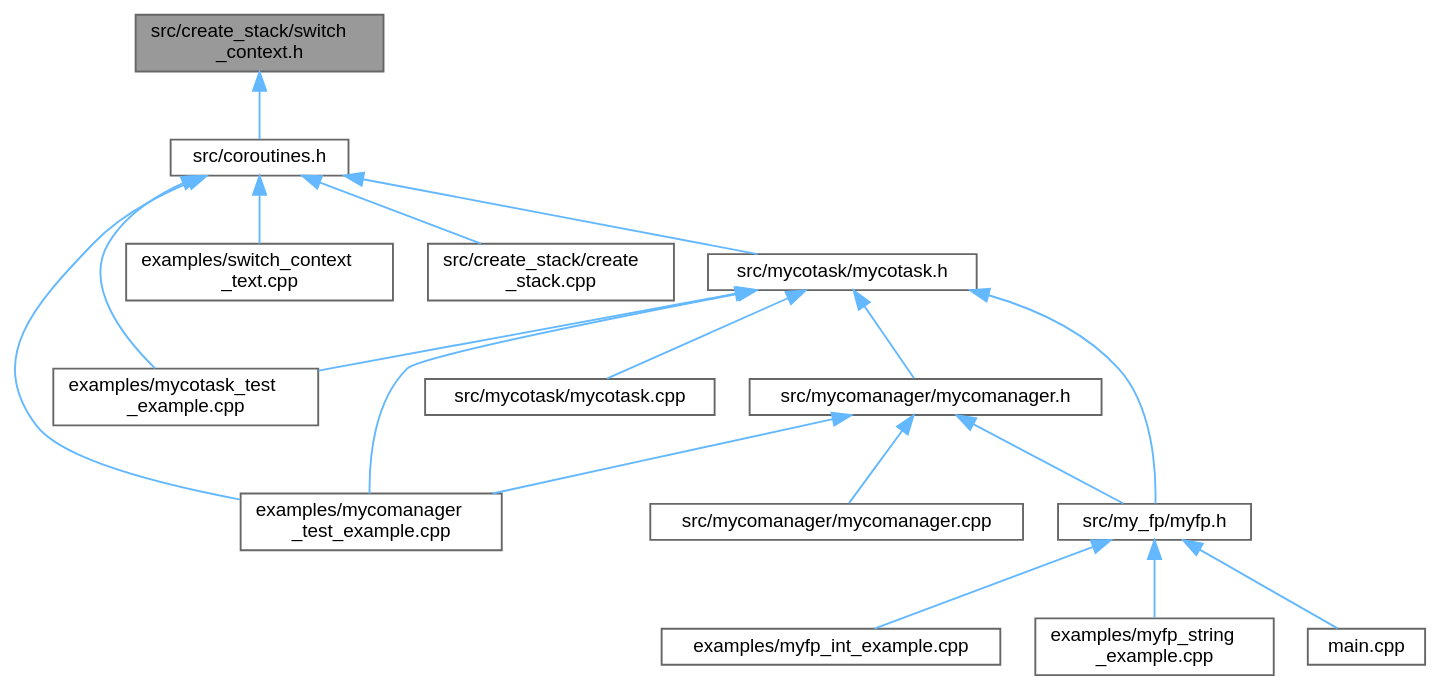
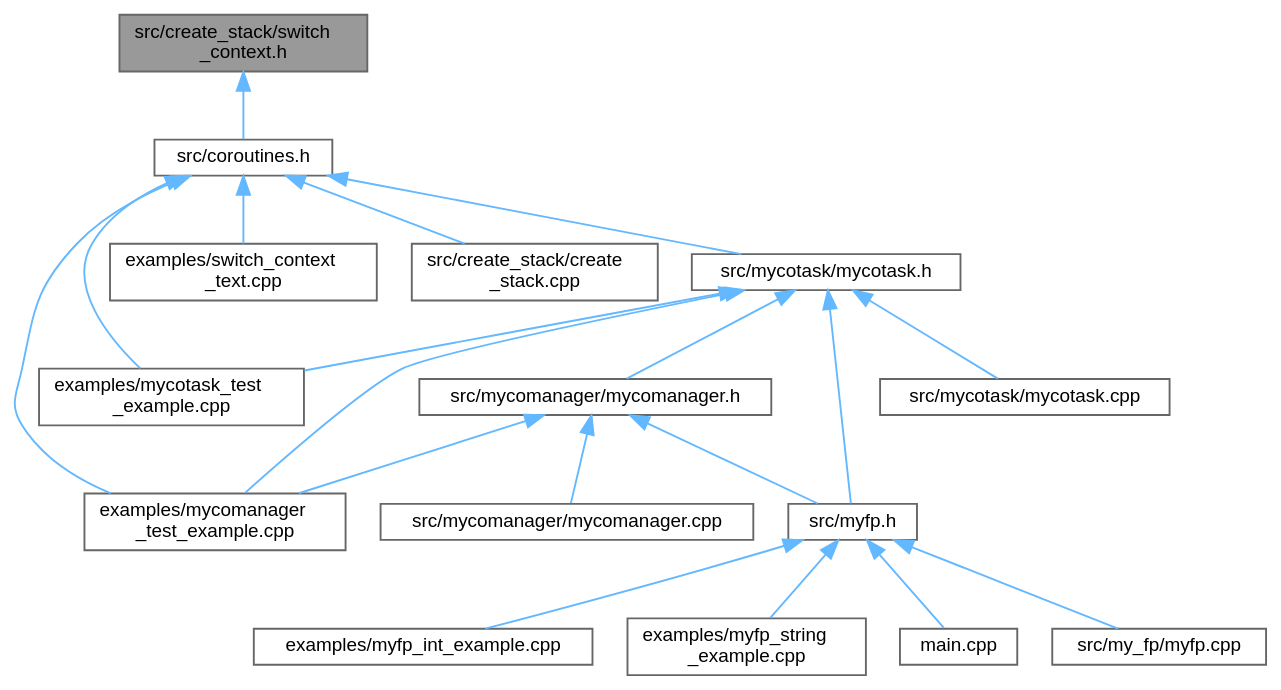
The diagram in switch__context_8h__dep__incl.dot (lalkaman1981/coroutins), drawn with Graphviz before and after one commit. The commit also changed 34 other files, not shown here.

```diff
--- a/switch__context_8h__dep__incl.dot
+++ b/switch__context_8h__dep__incl.dot
@@ -1,38 +1,40 @@
 digraph "src/create_stack/switch_context.h"
 {
  // LATEX_PDF_SIZE
   bgcolor="transparent";
   edge [fontname=Helvetica,fontsize=10,labelfontname=Helvetica,labelfontsize=10];
   node [fontname=Helvetica,fontsize=10,shape=box,height=0.2,width=0.4];
   Node1 [id="Node000001",label="src/create_stack/switch\l_context.h",height=0.2,width=0.4,color="gray40", fillcolor="grey60", style="filled", fontcolor="black",tooltip=" "];
   Node1 -> Node2 [id="edge1_Node000001_Node000002",dir="back",color="steelblue1",style="solid",tooltip=" "];
   Node2 [id="Node000002",label="src/coroutines.h",height=0.2,width=0.4,color="grey40", fillcolor="white", style="filled",URL="$coroutines_8h.html",tooltip=" "];
   Node2 -> Node3 [id="edge2_Node000002_Node000003",dir="back",color="steelblue1",style="solid",tooltip=" "];
   Node3 [id="Node000003",label="examples/mycomanager\l_test_example.cpp",height=0.2,width=0.4,color="grey40", fillcolor="white", style="filled",URL="$mycomanager__test__example_8cpp.html",tooltip=" "];
   Node2 -> Node4 [id="edge3_Node000002_Node000004",dir="back",color="steelblue1",style="solid",tooltip=" "];
   Node4 [id="Node000004",label="examples/mycotask_test\l_example.cpp",height=0.2,width=0.4,color="grey40", fillcolor="white", style="filled",URL="$mycotask__test__example_8cpp.html",tooltip=" "];
   Node2 -> Node5 [id="edge4_Node000002_Node000005",dir="back",color="steelblue1",style="solid",tooltip=" "];
   Node5 [id="Node000005",label="examples/switch_context\l_text.cpp",height=0.2,width=0.4,color="grey40", fillcolor="white", style="filled",URL="$switch__context__text_8cpp.html",tooltip=" "];
   Node2 -> Node6 [id="edge5_Node000002_Node000006",dir="back",color="steelblue1",style="solid",tooltip=" "];
   Node6 [id="Node000006",label="src/create_stack/create\l_stack.cpp",height=0.2,width=0.4,color="grey40", fillcolor="white", style="filled",URL="$create__stack_8cpp.html",tooltip=" "];
   Node2 -> Node7 [id="edge6_Node000002_Node000007",dir="back",color="steelblue1",style="solid",tooltip=" "];
   Node7 [id="Node000007",label="src/mycotask/mycotask.h",height=0.2,width=0.4,color="grey40", fillcolor="white", style="filled",URL="$mycotask_8h.html",tooltip=" "];
   Node7 -> Node3 [id="edge7_Node000007_Node000003",dir="back",color="steelblue1",style="solid",tooltip=" "];
   Node7 -> Node4 [id="edge8_Node000007_Node000004",dir="back",color="steelblue1",style="solid",tooltip=" "];
   Node7 -> Node8 [id="edge9_Node000007_Node000008",dir="back",color="steelblue1",style="solid",tooltip=" "];
-  Node8 [id="Node000008",label="src/my_fp/myfp.h",height=0.2,width=0.4,color="grey40", fillcolor="white", style="filled",URL="$myfp_8h.html",tooltip=" "];
-  Node8 -> Node9 [id="edge10_Node000008_Node000009",dir="back",color="steelblue1",style="solid",tooltip=" "];
-  Node9 [id="Node000009",label="examples/myfp_int_example.cpp",height=0.2,width=0.4,color="grey40", fillcolor="white", style="filled",URL="$myfp__int__example_8cpp.html",tooltip=" "];
-  Node8 -> Node10 [id="edge11_Node000008_Node000010",dir="back",color="steelblue1",style="solid",tooltip=" "];
-  Node10 [id="Node000010",label="examples/myfp_string\l_example.cpp",height=0.2,width=0.4,color="grey40", fillcolor="white", style="filled",URL="$myfp__string__example_8cpp.html",tooltip=" "];
-  Node8 -> Node11 [id="edge12_Node000008_Node000011",dir="back",color="steelblue1",style="solid",tooltip=" "];
-  Node11 [id="Node000011",label="main.cpp",height=0.2,width=0.4,color="grey40", fillcolor="white", style="filled",URL="$main_8cpp.html",tooltip=" "];
-  Node7 -> Node12 [id="edge13_Node000007_Node000012",dir="back",color="steelblue1",style="solid",tooltip=" "];
-  Node12 [id="Node000012",label="src/mycomanager/mycomanager.h",height=0.2,width=0.4,color="grey40", fillcolor="white", style="filled",URL="$mycomanager_8h.html",tooltip=" "];
-  Node12 -> Node3 [id="edge14_Node000012_Node000003",dir="back",color="steelblue1",style="solid",tooltip=" "];
-  Node12 -> Node8 [id="edge15_Node000012_Node000008",dir="back",color="steelblue1",style="solid",tooltip=" "];
-  Node12 -> Node13 [id="edge16_Node000012_Node000013",dir="back",color="steelblue1",style="solid",tooltip=" "];
-  Node13 [id="Node000013",label="src/mycomanager/mycomanager.cpp",height=0.2,width=0.4,color="grey40", fillcolor="white", style="filled",URL="$mycomanager_8cpp.html",tooltip=" "];
-  Node7 -> Node14 [id="edge17_Node000007_Node000014",dir="back",color="steelblue1",style="solid",tooltip=" "];
-  Node14 [id="Node000014",label="src/mycotask/mycotask.cpp",height=0.2,width=0.4,color="grey40", fillcolor="white", style="filled",URL="$mycotask_8cpp.html",tooltip=" "];
+  Node8 [id="Node000008",label="src/mycomanager/mycomanager.h",height=0.2,width=0.4,color="grey40", fillcolor="white", style="filled",URL="$mycomanager_8h.html",tooltip=" "];
+  Node8 -> Node3 [id="edge10_Node000008_Node000003",dir="back",color="steelblue1",style="solid",tooltip=" "];
+  Node8 -> Node9 [id="edge11_Node000008_Node000009",dir="back",color="steelblue1",style="solid",tooltip=" "];
+  Node9 [id="Node000009",label="src/mycomanager/mycomanager.cpp",height=0.2,width=0.4,color="grey40", fillcolor="white", style="filled",URL="$mycomanager_8cpp.html",tooltip=" "];
+  Node8 -> Node10 [id="edge12_Node000008_Node000010",dir="back",color="steelblue1",style="solid",tooltip=" "];
+  Node10 [id="Node000010",label="src/myfp.h",height=0.2,width=0.4,color="grey40", fillcolor="white", style="filled",URL="$myfp_8h.html",tooltip=" "];
+  Node10 -> Node11 [id="edge13_Node000010_Node000011",dir="back",color="steelblue1",style="solid",tooltip=" "];
+  Node11 [id="Node000011",label="examples/myfp_int_example.cpp",height=0.2,width=0.4,color="grey40", fillcolor="white", style="filled",URL="$myfp__int__example_8cpp.html",tooltip=" "];
+  Node10 -> Node12 [id="edge14_Node000010_Node000012",dir="back",color="steelblue1",style="solid",tooltip=" "];
+  Node12 [id="Node000012",label="examples/myfp_string\l_example.cpp",height=0.2,width=0.4,color="grey40", fillcolor="white", style="filled",URL="$myfp__string__example_8cpp.html",tooltip=" "];
+  Node10 -> Node13 [id="edge15_Node000010_Node000013",dir="back",color="steelblue1",style="solid",tooltip=" "];
+  Node13 [id="Node000013",label="main.cpp",height=0.2,width=0.4,color="grey40", fillcolor="white", style="filled",URL="$main_8cpp.html",tooltip=" "];
+  Node10 -> Node14 [id="edge16_Node000010_Node000014",dir="back",color="steelblue1",style="solid",tooltip=" "];
+  Node14 [id="Node000014",label="src/my_fp/myfp.cpp",height=0.2,width=0.4,color="grey40", fillcolor="white", style="filled",URL="$myfp_8cpp.html",tooltip=" "];
+  Node7 -> Node15 [id="edge17_Node000007_Node000015",dir="back",color="steelblue1",style="solid",tooltip=" "];
+  Node15 [id="Node000015",label="src/mycotask/mycotask.cpp",height=0.2,width=0.4,color="grey40", fillcolor="white", style="filled",URL="$mycotask_8cpp.html",tooltip=" "];
+  Node7 -> Node10 [id="edge18_Node000007_Node000010",dir="back",color="steelblue1",style="solid",tooltip=" "];
 }
```
